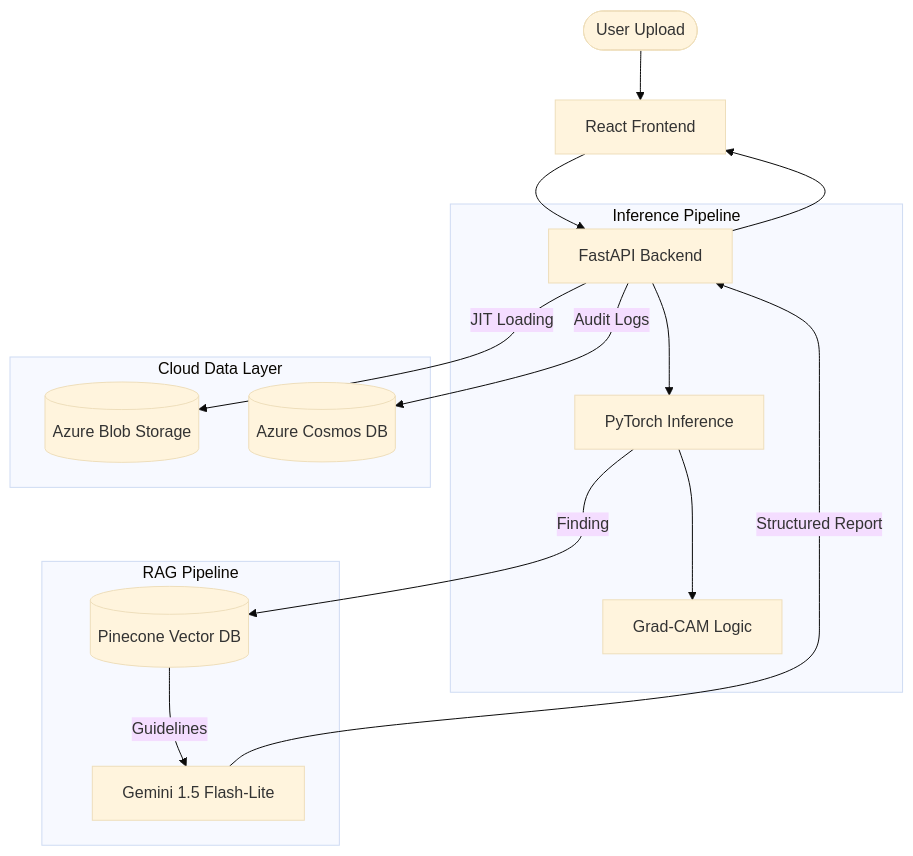
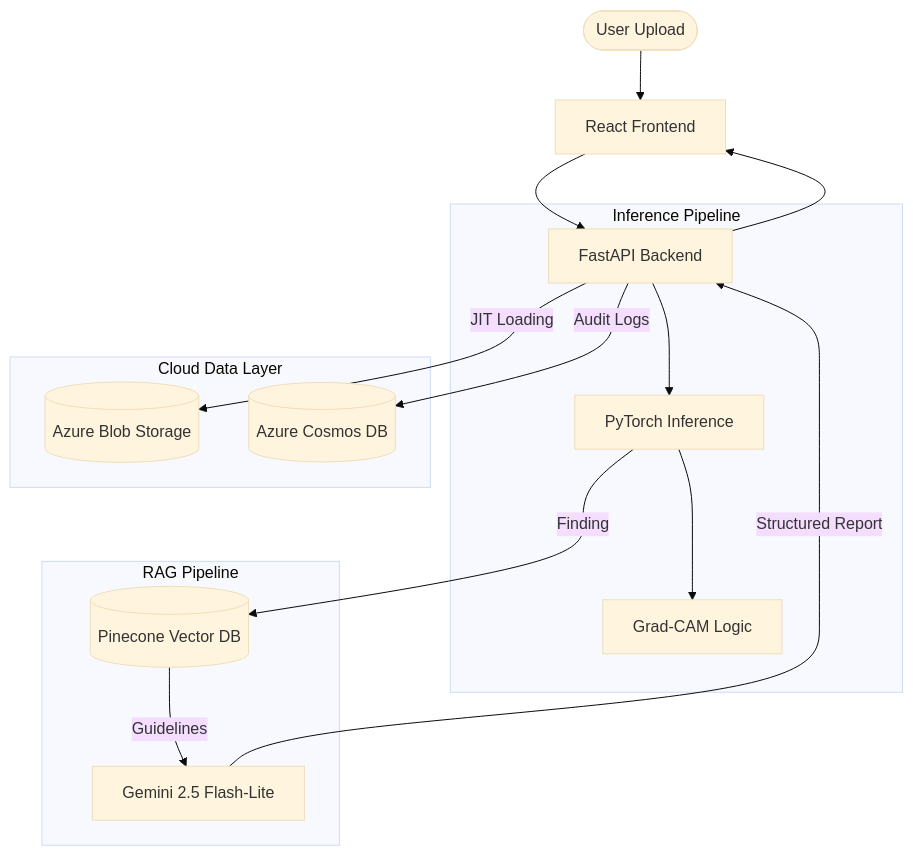
The diagram in README.md (anaCS-26/Pulmolens-model), drawn with Mermaid (base theme) before and after one commit.

Commit message:
Update LLM version in RAG Pipeline diagram

````diff
--- a/README.md
+++ b/README.md
@@ -28,23 +28,23 @@
 ```mermaid
 graph TD
     User([User Upload]) --> FE[React Frontend]
     FE --> BE[FastAPI Backend]
     
     subgraph "Inference Pipeline"
         BE --> DL[PyTorch Inference]
         DL --> CAM[Grad-CAM Logic]
     end
     
     subgraph "RAG Pipeline"
         DL -- Finding --> VDB[(Pinecone Vector DB)]
-        VDB -- Guidelines --> LLM[Gemini 1.5 Flash-Lite]
+        VDB -- Guidelines --> LLM[Gemini 2.5 Flash-Lite]
         LLM -- Structured Report --> BE
     end
     
     subgraph "Cloud Data Layer"
         BE -- JIT Loading --> ABS[(Azure Blob Storage)]
         BE -- Audit Logs --> Cosmos[(Azure Cosmos DB)]
     end
     
     BE --> FE
 ```
````
